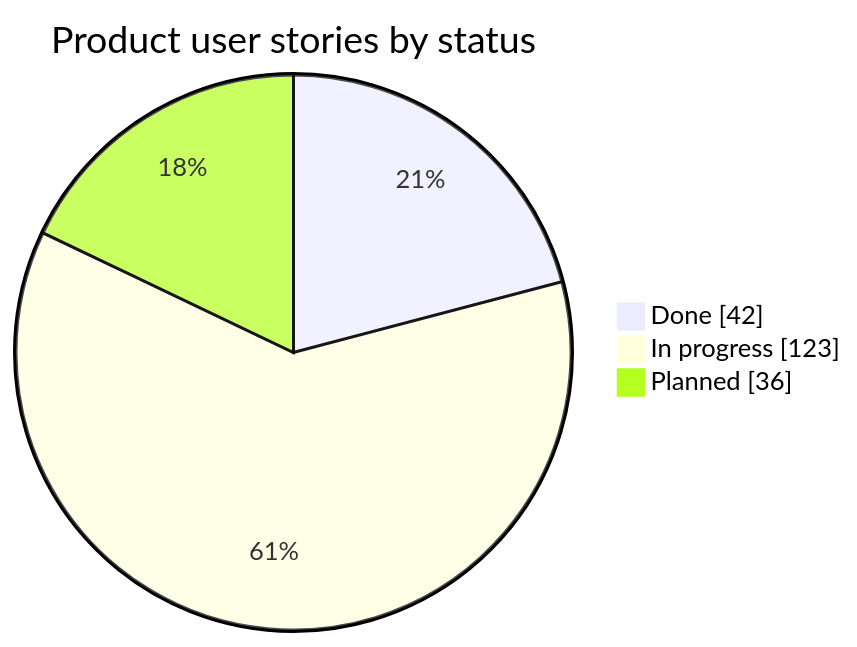
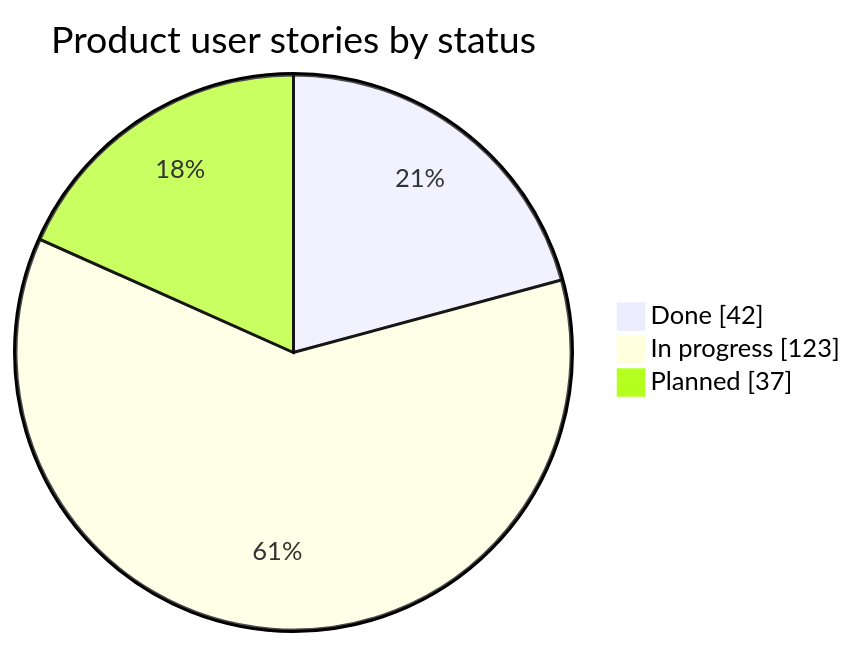
One commit to PflanzenDex/PflanzenDex changed the first of 3 diagrams in README.md. Above: the diagram before and after it, drawn with Mermaid. The commit also changed other lines of this file, not shown here.

````diff
--- a/README.md
+++ b/README.md
@@ -36,6 +36,6 @@
 ```mermaid
 pie showData title Product user stories by status
   "Done" : 42
   "In progress" : 123
-  "Planned" : 36
+  "Planned" : 37
 ```
````
